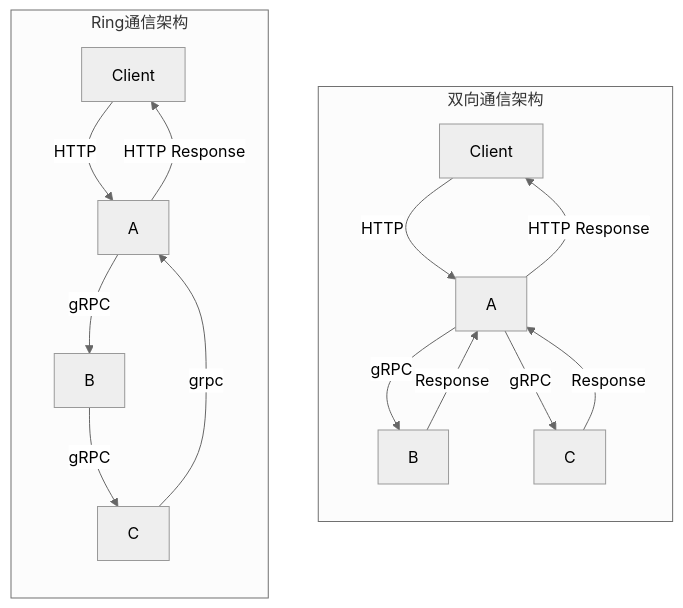
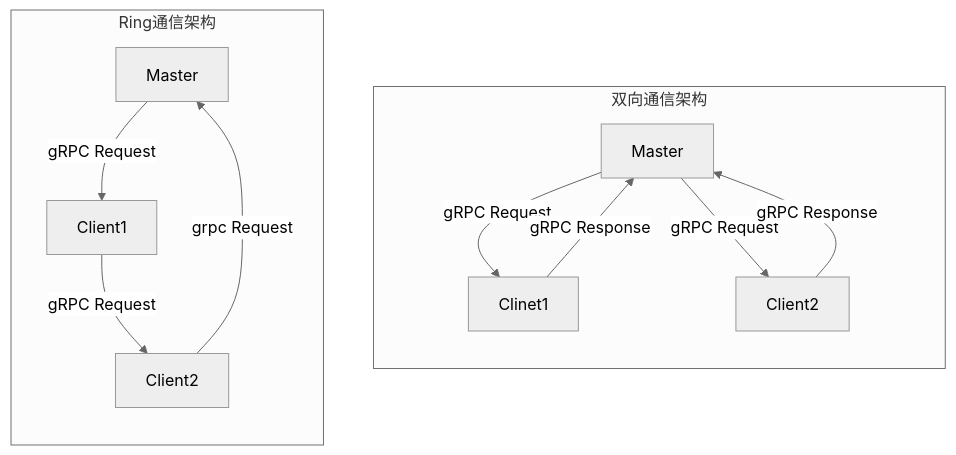
One commit to wnma3mz/tLLM changed the third of 3 diagrams in OLD_README_V2.md. Above: the diagram before and after it, drawn with Mermaid (neutral theme). The commit also changed other lines of this file, not shown here.

Commit message:
update mermaid

````diff
--- a/OLD_README_V2.md
+++ b/OLD_README_V2.md
@@ -116,21 +116,17 @@
 ```mermaid
 flowchart TB
     subgraph Current["双向通信架构"]
         direction TB
-        Client1[Client] -->|HTTP| A1[A]
-        A1 -->|gRPC| B1[B]
-        B1 -->|Response| A1
-        A1 -->|gRPC| C1[C]
-        C1 -->|Response| A1
-        A1 -->|HTTP Response| Client1
+        A1[Master] -->|gRPC Request| B1[Client1]
+        B1[Clinet1] -->|gRPC Response| A1[Master]
+        A1[Master] -->|gRPC Request| C1[Client2]
+        C1[Client2] -->|gRPC Response| A1[Master]
     end
 
     subgraph Desired["Ring通信架构"]
         direction TB
-        Client2[Client] -->|HTTP| A2[A]
-        A2 -->|gRPC| B2[B]
-        B2 -->|gRPC| C2[C]
-        C2 -->|grpc| A2
-        A2 -->|HTTP Response| Client2
+        A[Master] -->|gRPC Request| B2[Client1]
+        B2[Client1] -->|gRPC Request| C2[Client2]
+        C2[Client2] -->|grpc Request| A[Master]
     end
 ```
````
